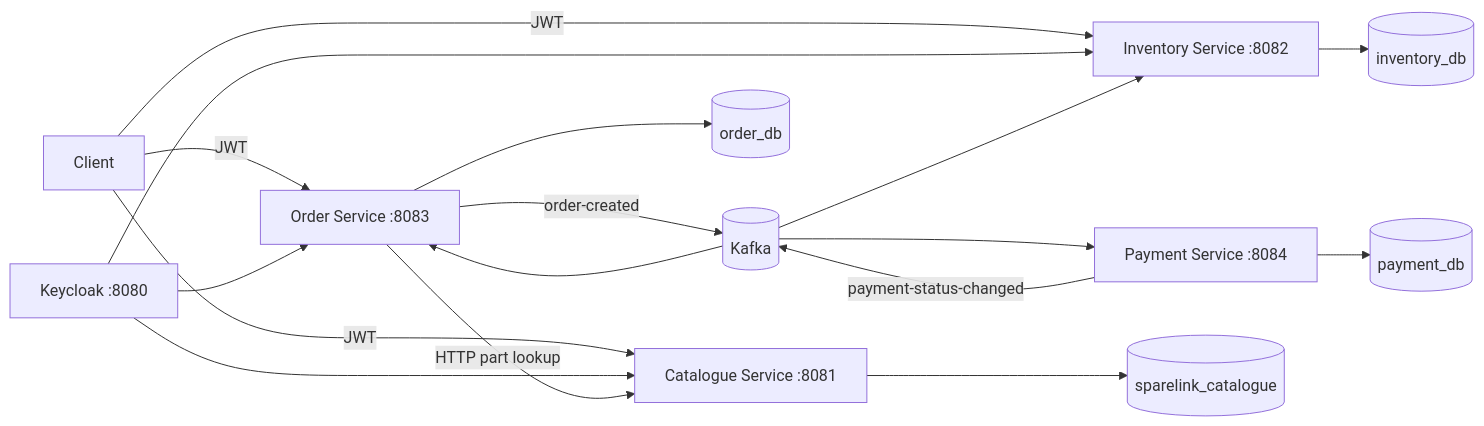
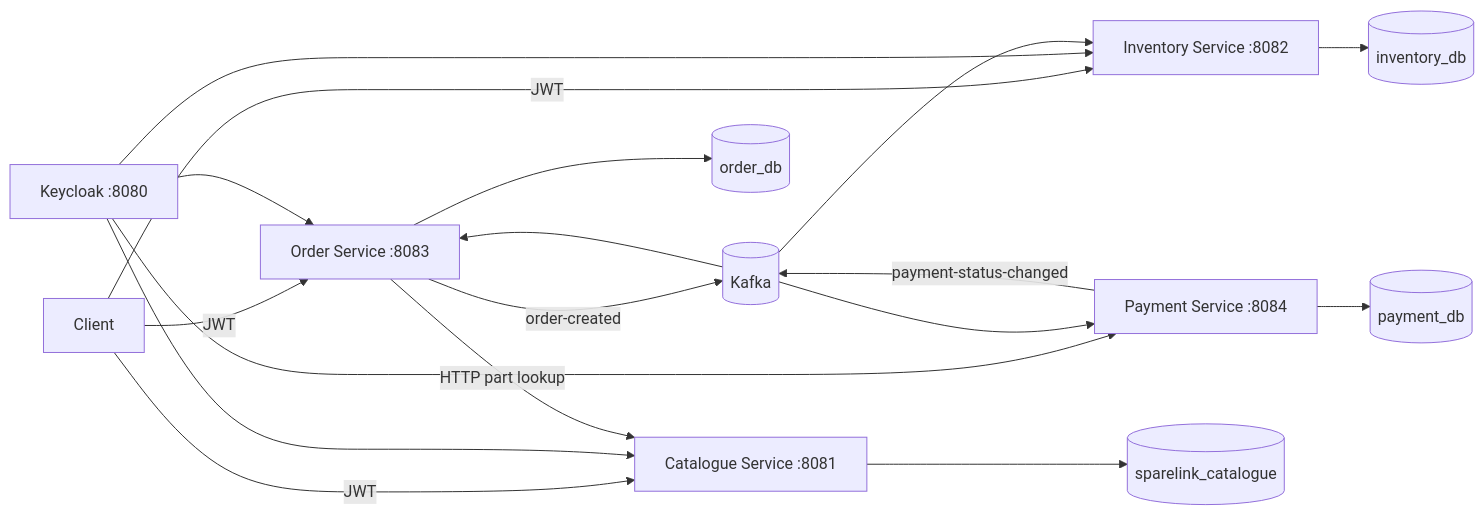
The diagram in README.md (tadiwanashe-mashongwa/sparelink-platform), drawn with Mermaid before and after one commit. The commit also changed other lines of this file, not shown here.

Commit message:
docs: document payment platform flow

````diff
--- a/README.md
+++ b/README.md
@@ -7,19 +7,20 @@
 ```mermaid
 flowchart LR
     Client -->|JWT| Order[Order Service :8083]
     Client -->|JWT| Catalogue[Catalogue Service :8081]
     Client -->|JWT| Inventory[Inventory Service :8082]
     Keycloak[Keycloak :8080] --> Order
     Keycloak --> Catalogue
     Keycloak --> Inventory
+    Keycloak --> Payment
     Order -->|HTTP part lookup| Catalogue
     Order -->|order-created| Kafka[(Kafka)]
     Kafka --> Inventory
     Kafka --> Payment[Payment Service :8084]
     Payment -->|payment-status-changed| Kafka
     Kafka --> Order
     Order --> OrderDb[(order_db)]
     Payment --> PaymentDb[(payment_db)]
     Catalogue --> CatalogueDb[(sparelink_catalogue)]
     Inventory --> InventoryDb[(inventory_db)]
 ```
````
